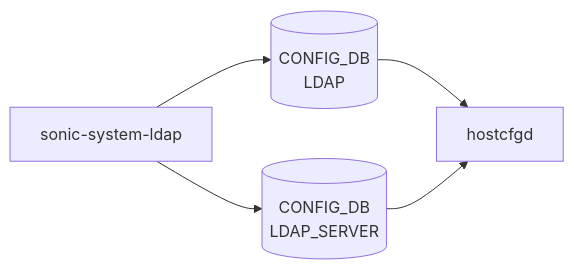
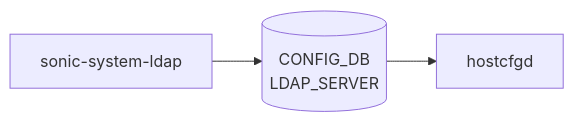
The diagram in docs/reference/yang/sonic-system-ldap.md (aoki-taquan/sonic-unofficial-docs), drawn with Mermaid before and after one commit. The commit also changed other lines of this file and 22 other files, not shown here.

````diff
--- a/docs/reference/yang/sonic-system-ldap.md
+++ b/docs/reference/yang/sonic-system-ldap.md
@@ -32,11 +32,8 @@
 ```mermaid
 flowchart LR
   Y["sonic-system-ldap"]
-  C1[("CONFIG_DB<br/>LDAP")]
+  C1[("CONFIG_DB<br/>LDAP_SERVER")]
   Y --> C1
   D1["hostcfgd"]
   C1 --> D1
-  C2[("CONFIG_DB<br/>LDAP_SERVER")]
-  Y --> C2
-  C2 --> D1
 ```
````
